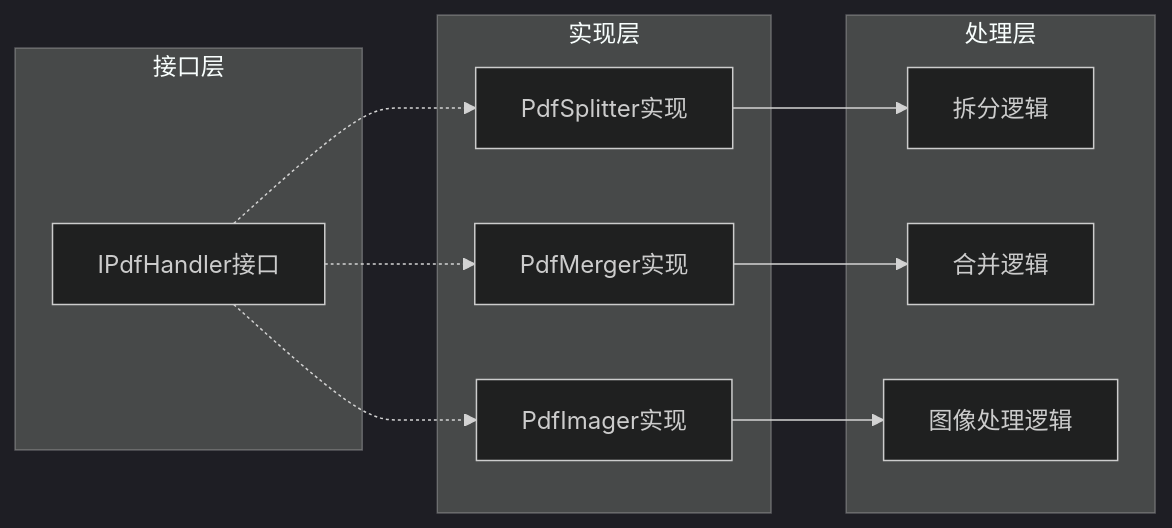
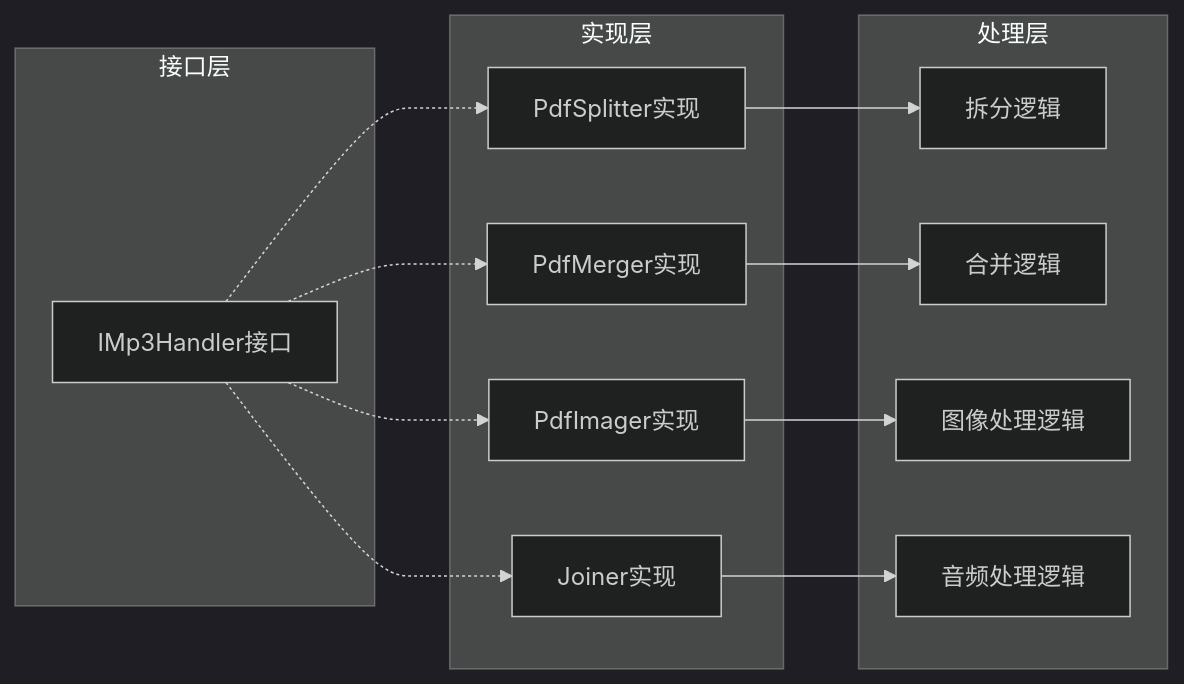
The fifth of 9 diagrams in .qoder/repowiki/zh/content/技术架构设计/核心组件/界面层/拖拽操作.md (db300/PdfTool), drawn with Mermaid (dark theme) before and after one commit. The commit also changed other lines of this file and 4 other files, not shown here.

````diff
--- a/.qoder/repowiki/zh/content/技术架构设计/核心组件/界面层/拖拽操作.md
+++ b/.qoder/repowiki/zh/content/技术架构设计/核心组件/界面层/拖拽操作.md
@@ -193,22 +214,26 @@
 ```mermaid
 graph LR
 subgraph "接口层"
-IPdfHandler[IPdfHandler接口]
+IMp3Handler[IMp3Handler接口]
 end
 subgraph "实现层"
 PdfSplitterImpl[PdfSplitter实现]
 PdfMergerImpl[PdfMerger实现]
 PdfImagerImpl[PdfImager实现]
+JoinerImpl[Joiner实现]
 end
 subgraph "处理层"
 SplitLogic[拆分逻辑]
 MergeLogic[合并逻辑]
 ImageLogic[图像处理逻辑]
+AudioLogic[音频处理逻辑]
 end
-IPdfHandler -.-> PdfSplitterImpl
-IPdfHandler -.-> PdfMergerImpl
-IPdfHandler -.-> PdfImagerImpl
+IMp3Handler -.-> PdfSplitterImpl
+IMp3Handler -.-> PdfMergerImpl
+IMp3Handler -.-> PdfImagerImpl
+IMp3Handler -.-> JoinerImpl
 PdfSplitterImpl --> SplitLogic
 PdfMergerImpl --> MergeLogic
 PdfImagerImpl --> ImageLogic
+JoinerImpl --> AudioLogic
 ```
````
